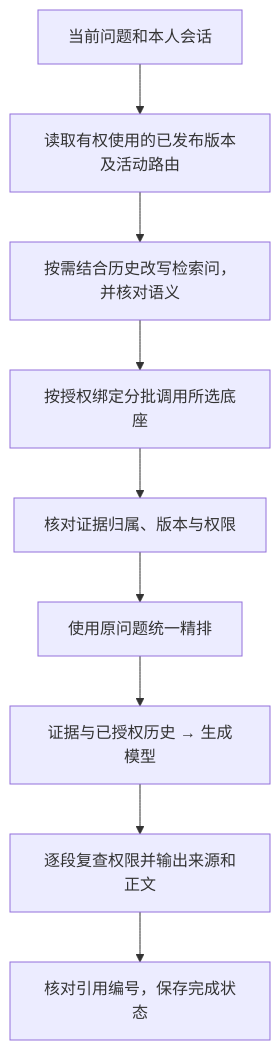
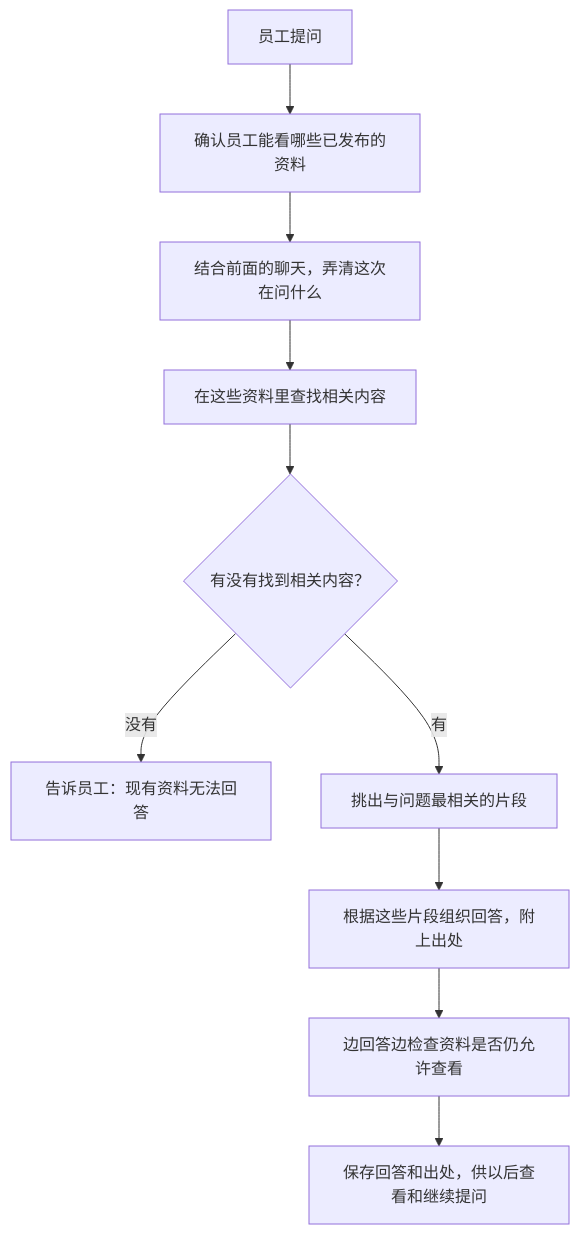
Before and after one commit to tomkluas/EnterpriseRag: the fifth of 6 diagrams in README.md, drawn with Mermaid. The commit also changed other lines of this file, not shown here.

Commit message:
docs: clarify V3 features, diagrams and deployment guide

````diff
--- a/README.md
+++ b/README.md
@@ -156,11 +190,12 @@
 ```mermaid
 flowchart TD
-    Question[当前问题和本人会话] --> Scope[读取有权使用的已发布版本及活动路由]
-    Scope --> Rewrite[按需结合历史改写检索问，并核对语义]
-    Rewrite --> Retrieve[按授权绑定分批调用所选底座]
-    Retrieve --> Check[核对证据归属、版本与权限]
-    Check --> Rank[使用原问题统一精排]
-    Rank --> Generate[证据与已授权历史 → 生成模型]
-    Generate --> Stream[逐段复查权限并输出来源和正文]
-    Stream --> Save[核对引用编号，保存完成状态]
+    A[员工提问] --> B[确认员工能看哪些已发布的资料]
+    B --> C[结合前面的聊天，弄清这次在问什么]
+    C --> D[在这些资料里查找相关内容]
+    D --> E{有没有找到相关内容？}
+    E -->|没有| F[告诉员工：现有资料无法回答]
+    E -->|有| G[挑出与问题最相关的片段]
+    G --> H[根据这些片段组织回答，附上出处]
+    H --> I[边回答边检查资料是否仍允许查看]
+    I --> J[保存回答和出处，供以后查看和继续提问]
 ```
````
